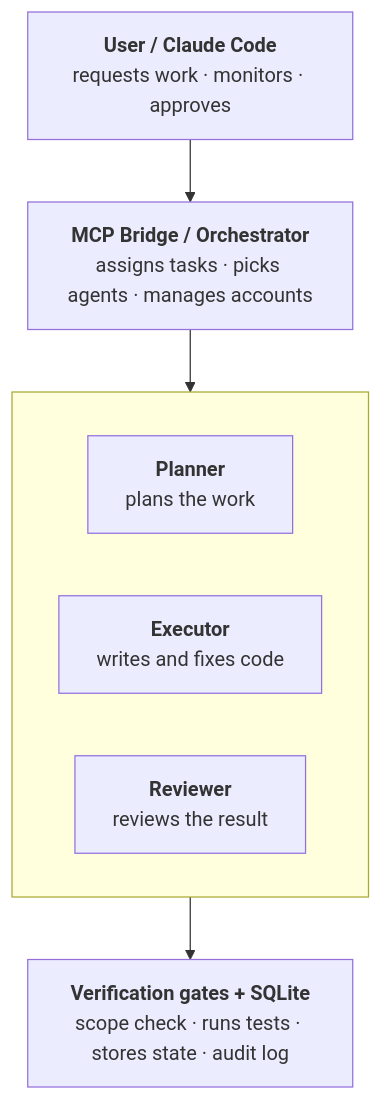
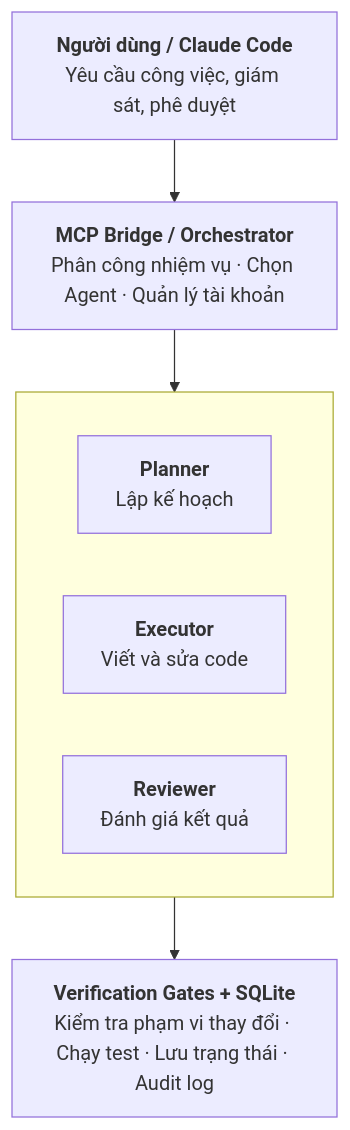
One commit to leetuanbmt/agent-orchestration-kit changed the first of 2 diagrams in README.vi.md. Above: the diagram before and after it, drawn with Mermaid.

Commit message:
translate the architecture diagram labels in README.vi

````diff
--- a/README.vi.md
+++ b/README.vi.md
@@ -79,14 +79,14 @@
 ```mermaid
 flowchart TB
-    user["<b>User / Claude Code</b><br/>requests work · monitors · approves"]
-    bridge["<b>MCP Bridge / Orchestrator</b><br/>assigns tasks · picks agents · manages accounts"]
+    user["<b>Người dùng / Claude Code</b><br/>Yêu cầu công việc, giám sát, phê duyệt"]
+    bridge["<b>MCP Bridge / Orchestrator</b><br/>Phân công nhiệm vụ · Chọn Agent · Quản lý tài khoản"]
     subgraph roles [" "]
         direction LR
-        planner["<b>Planner</b><br/>plans the work"]
-        executor["<b>Executor</b><br/>writes and fixes code"]
-        reviewer["<b>Reviewer</b><br/>reviews the result"]
+        planner["<b>Planner</b><br/>Lập kế hoạch"]
+        executor["<b>Executor</b><br/>Viết và sửa code"]
+        reviewer["<b>Reviewer</b><br/>Đánh giá kết quả"]
     end
-    gates["<b>Verification gates + SQLite</b><br/>scope check · runs tests · stores state · audit log"]
+    gates["<b>Verification Gates + SQLite</b><br/>Kiểm tra phạm vi thay đổi · Chạy test · Lưu trạng thái · Audit log"]
 
     user --> bridge --> roles --> gates
 ```
````
